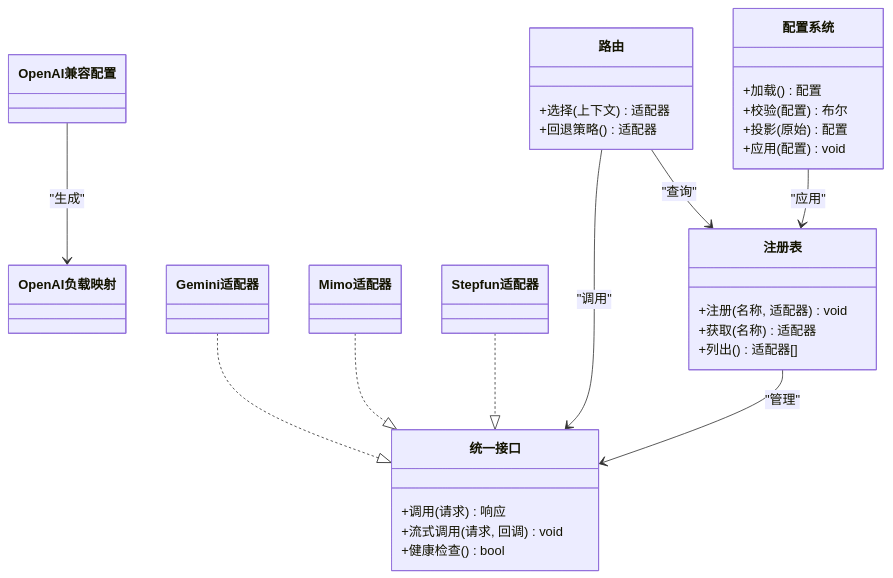
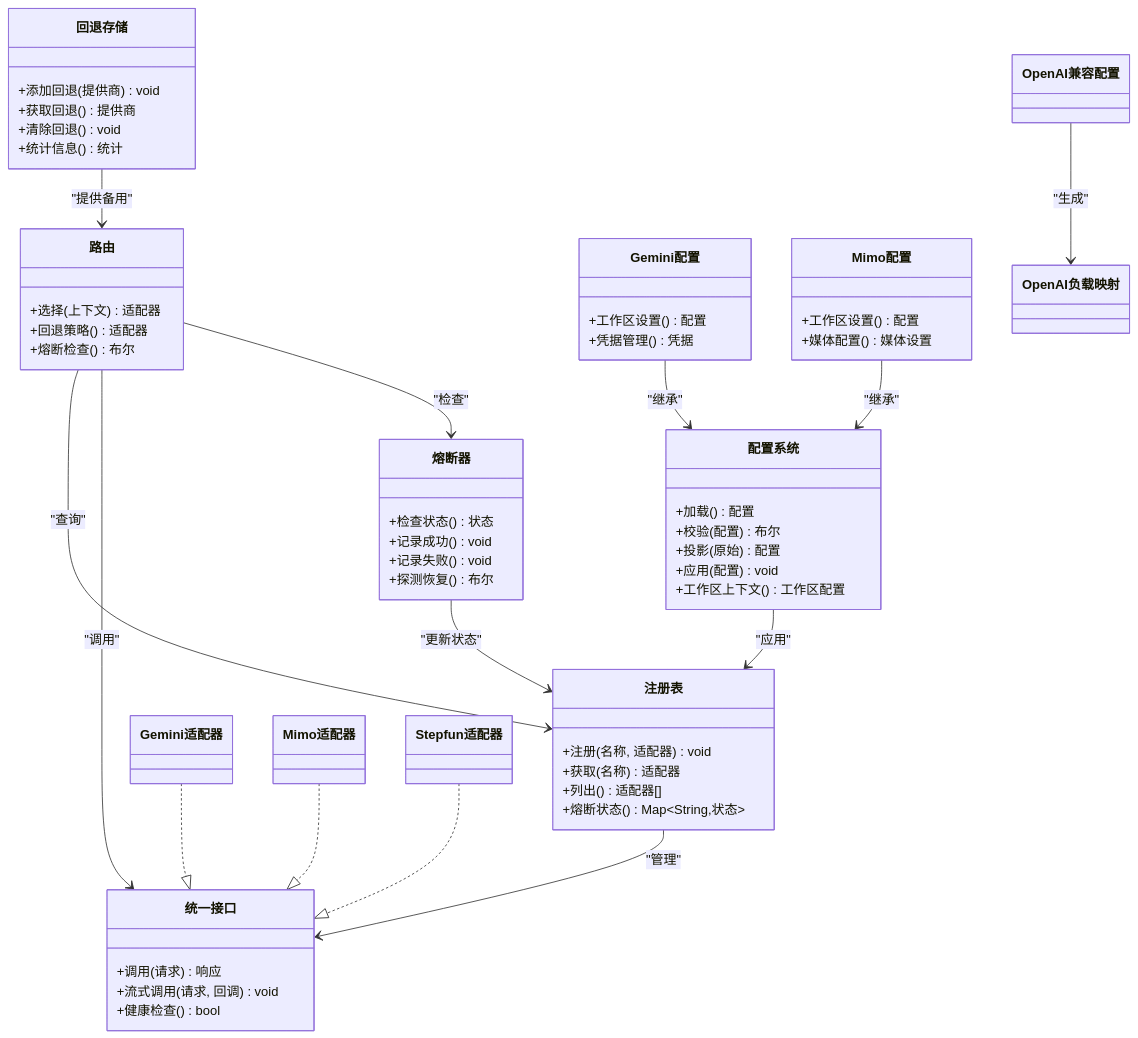
One commit to scottcwy/PurpleInk changed the fourth of 4 diagrams in .qoder/repowiki/zh/content/AI系统集成/AI系统集成.md. Above: the diagram before and after it, drawn with Mermaid. The commit also changed other lines of this file and 109 other files, not shown here.

````diff
--- a/.qoder/repowiki/zh/content/AI系统集成/AI系统集成.md
+++ b/.qoder/repowiki/zh/content/AI系统集成/AI系统集成.md
@@ -236,36 +377,64 @@
 ```mermaid
 classDiagram
 class 统一接口 {
 +调用(请求) 响应
 +流式调用(请求, 回调) void
 +健康检查() bool
 }
 class 注册表 {
 +注册(名称, 适配器) void
 +获取(名称) 适配器
 +列出() 适配器[]
++熔断状态() Map~String,状态~
 }
 class 路由 {
 +选择(上下文) 适配器
 +回退策略() 适配器
++熔断检查() 布尔
+}
+class 熔断器 {
++检查状态() 状态
++记录成功() void
++记录失败() void
++探测恢复() 布尔
+}
+class 回退存储 {
++添加回退(提供商) void
++获取回退() 提供商
++清除回退() void
++统计信息() 统计
 }
 class 配置系统 {
 +加载() 配置
 +校验(配置) 布尔
 +投影(原始) 配置
 +应用(配置) void
++工作区上下文() 工作区配置
+}
+class Gemini配置 {
++工作区设置() 配置
++凭据管理() 凭据
+}
+class Mimo配置 {
++工作区设置() 配置
++媒体配置() 媒体设置
 }
 class Gemini适配器
 class Mimo适配器
 class Stepfun适配器
 class OpenAI兼容配置
 class OpenAI负载映射
 注册表 --> 统一接口 : "管理"
 路由 --> 注册表 : "查询"
 路由 --> 统一接口 : "调用"
+路由 --> 熔断器 : "检查"
+熔断器 --> 注册表 : "更新状态"
+回退存储 --> 路由 : "提供备用"
 配置系统 --> 注册表 : "应用"
+Gemini配置 --> 配置系统 : "继承"
+Mimo配置 --> 配置系统 : "继承"
 OpenAI兼容配置 --> OpenAI负载映射 : "生成"
 Gemini适配器 ..|> 统一接口
 Mimo适配器 ..|> 统一接口
 Stepfun适配器 ..|> 统一接口
 ```
````
